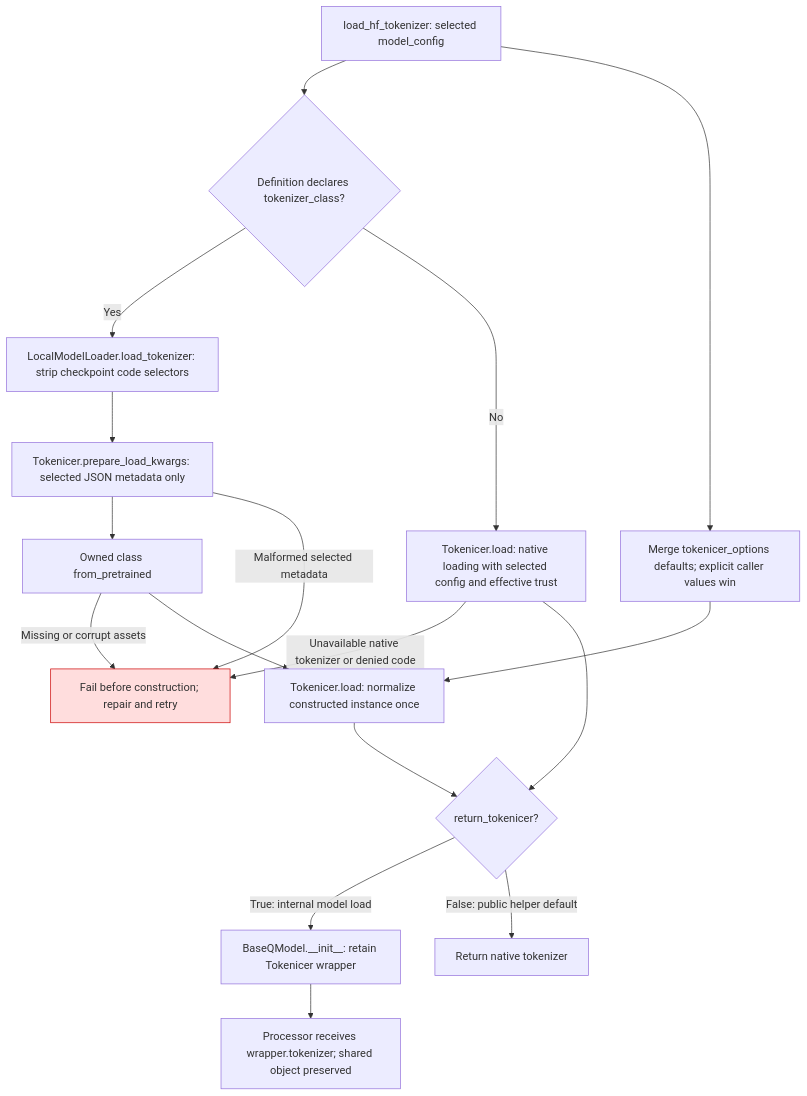
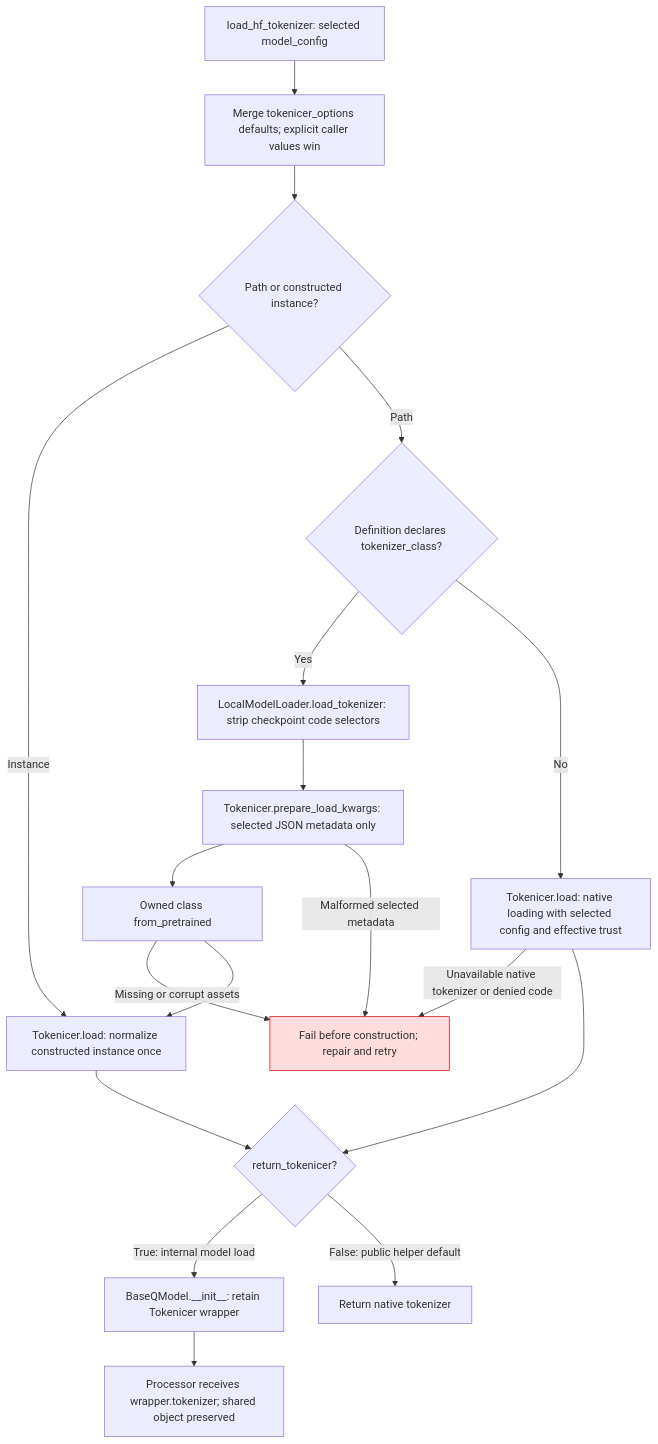
One commit to ModelCloud/GPTQModel changed the diagram in docs/owned-tokenizer-lifecycle.md. Above: the diagram before and after it, drawn with Mermaid. The commit also changed other lines of this file and 8 other files, not shown here.

````diff
--- a/docs/owned-tokenizer-lifecycle.md
+++ b/docs/owned-tokenizer-lifecycle.md
@@ -28,20 +28,21 @@
 ```mermaid
 flowchart TD
-    A["load_hf_tokenizer: selected model_config"] --> B{"Definition declares tokenizer_class?"}
-    A --> O["Merge tokenicer_options defaults; explicit caller values win"]
-    O --> G
+    A["load_hf_tokenizer: selected model_config"] --> O["Merge tokenicer_options defaults; explicit caller values win"]
+    O --> P{"Path or constructed instance?"}
+    P -->|Instance| G
+    P -->|Path| B{"Definition declares tokenizer_class?"}
     B -->|Yes| C["LocalModelLoader.load_tokenizer: strip checkpoint code selectors"]
     C --> D["Tokenicer.prepare_load_kwargs: selected JSON metadata only"]
     D --> E["Owned class from_pretrained"]
     D -->|Malformed selected metadata| F["Fail before construction; repair and retry"]
     E -->|Missing or corrupt assets| F
     E --> G["Tokenicer.load: normalize constructed instance once"]
     B -->|No| H["Tokenicer.load: native loading with selected config and effective trust"]
     H -->|Unavailable native tokenizer or denied code| F
     H --> I{"return_tokenicer?"}
     G --> I
     I -->|True: internal model load| J["BaseQModel.__init__: retain Tokenicer wrapper"]
     I -->|False: public helper default| K["Return native tokenizer"]
     J --> L["Processor receives wrapper.tokenizer; shared object preserved"]
     style F fill:#fdd,stroke:#c00
 ```
````
